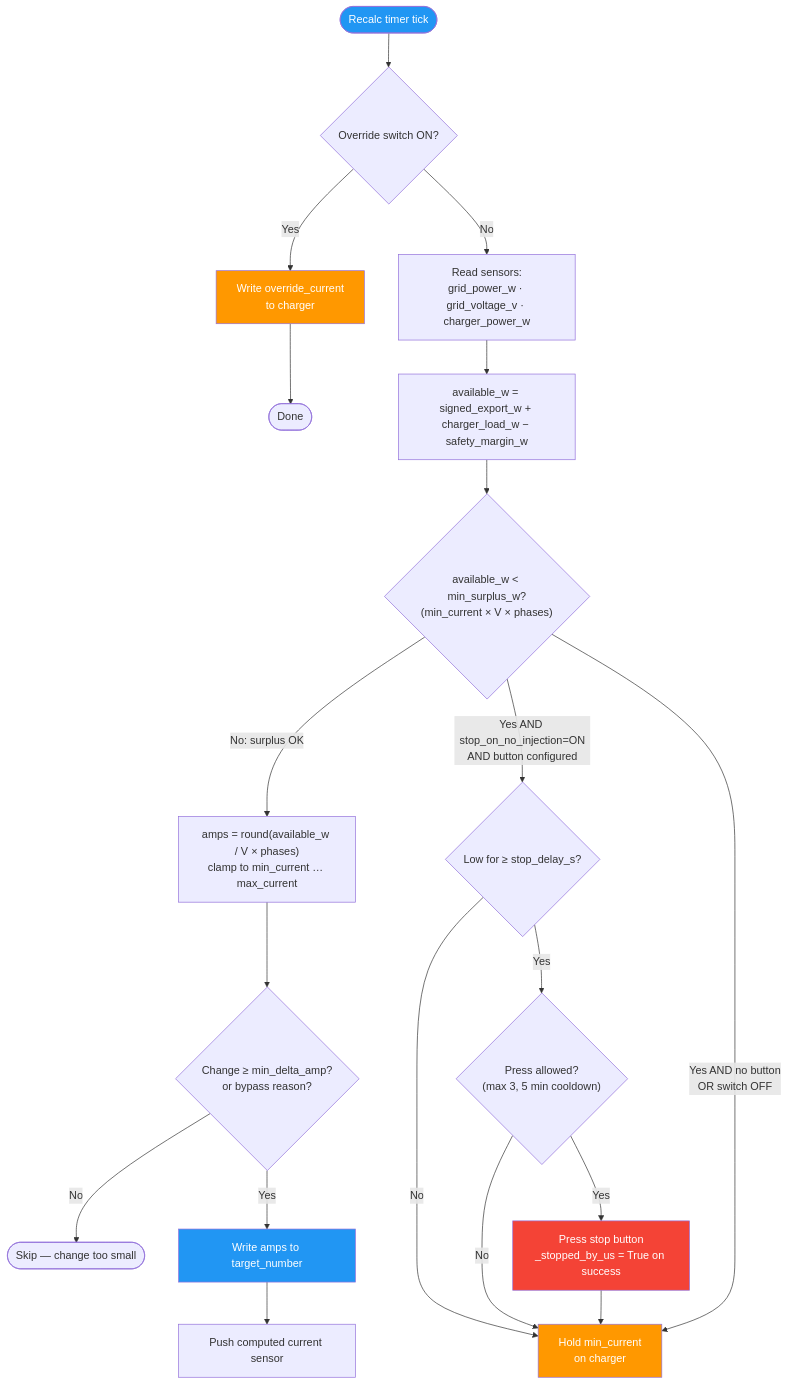
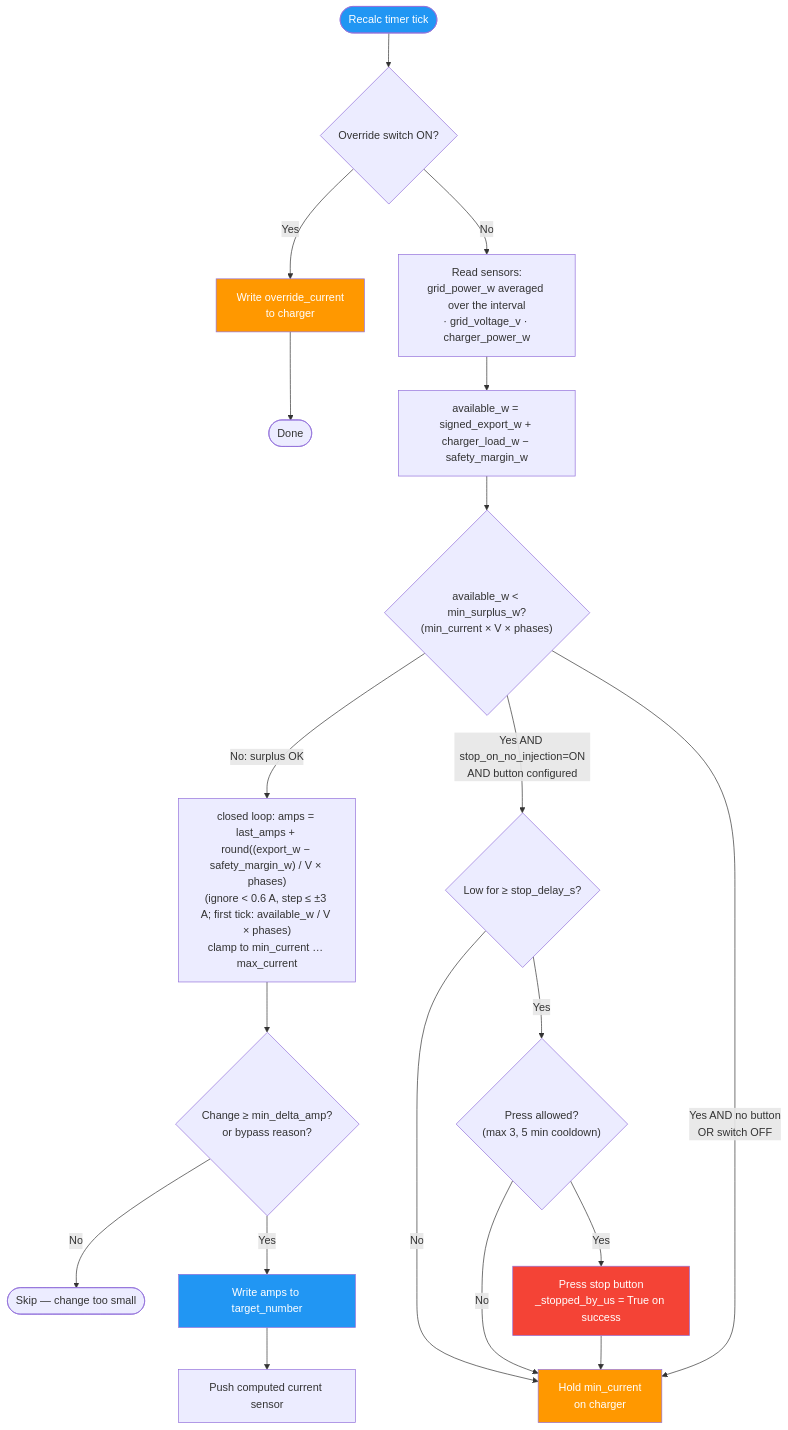
The second of 3 diagrams in README.md (ZaBug/ev-solar-manager), drawn with Mermaid before and after one commit. The commit also changed other lines of this file and 7 other files, not shown here.

First line of the commit message:
feat: closed-loop regulation, grid power averaging, persisted stop flag

````diff
--- a/README.md
+++ b/README.md
@@ -64,32 +64,32 @@
 ```mermaid
 flowchart TD
     TICK([Recalc timer tick]) --> OVERRIDE{Override switch ON?}
 
     OVERRIDE -- Yes --> SET_OVERRIDE[Write override_current\nto charger] --> END([Done])
 
-    OVERRIDE -- No --> READ[Read sensors:\ngrid_power_w · grid_voltage_v · charger_power_w]
+    OVERRIDE -- No --> READ[Read sensors:\ngrid_power_w averaged over the interval\n· grid_voltage_v · charger_power_w]
     READ --> CALC["available_w = signed_export_w + charger_load_w − safety_margin_w"]
 
     CALC --> THRESH{"available_w < min_surplus_w?\n(min_current × V × phases)"}
 
-    THRESH -- No: surplus OK --> CALC_A["amps = round(available_w / V × phases)\nclamp to min_current … max_current"]
+    THRESH -- No: surplus OK --> CALC_A["closed loop: amps = last_amps + round((export_w − safety_margin_w) / V × phases)\n(ignore < 0.6 A, step ≤ ±3 A; first tick: available_w / V × phases)\nclamp to min_current … max_current"]
     CALC_A --> DELTA{"Change ≥ min_delta_amp?\nor bypass reason?"}
     DELTA -- No --> SKIP([Skip — change too small])
     DELTA -- Yes --> WRITE[Write amps to target_number]
     WRITE --> SENSOR[Push computed current sensor]
 
     THRESH -- Yes AND stop_on_no_injection=ON\nAND button configured --> LOW_FOR{"Low for ≥ stop_delay_s?"}
     LOW_FOR -- No --> SET_MIN
     LOW_FOR -- Yes --> CAN_PRESS{"Press allowed?\n(max 3, 5 min cooldown)"}
     CAN_PRESS -- No --> SET_MIN
     CAN_PRESS -- Yes --> PRESS_STOP[Press stop button\n_stopped_by_us = True on success]
     PRESS_STOP --> SET_MIN
 
     THRESH -- Yes AND no button\nOR switch OFF --> SET_MIN[Hold min_current\non charger]
 
     style TICK fill:#2196F3,color:#fff
     style PRESS_STOP fill:#F44336,color:#fff
     style SET_OVERRIDE fill:#FF9800,color:#fff
     style SET_MIN fill:#FF9800,color:#fff
     style WRITE fill:#2196F3,color:#fff
 ```
````
